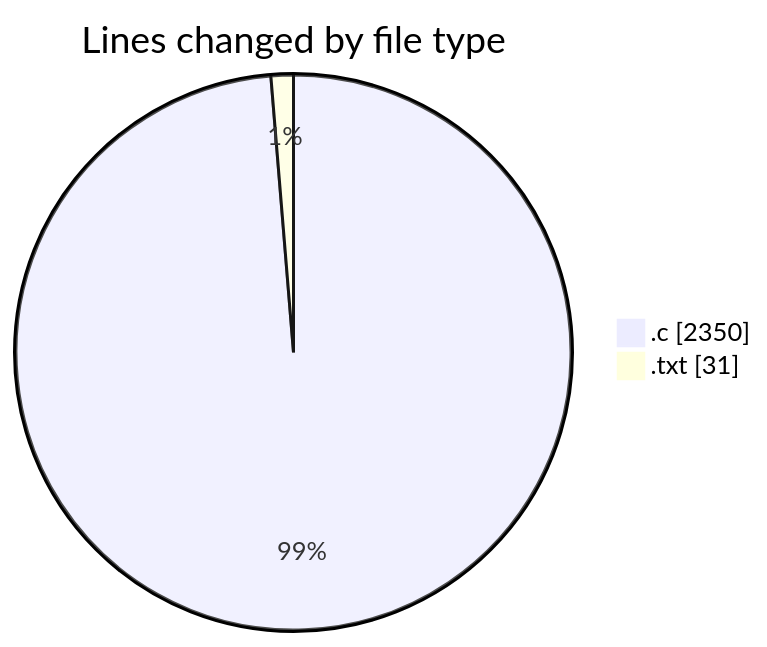
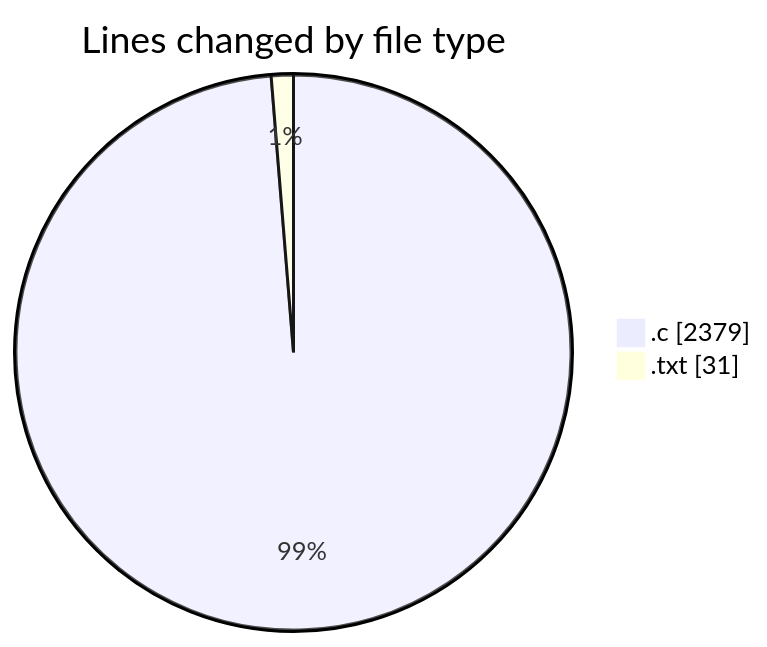
Before and after one commit to Ritupan-Deka/code-tracking: the first of 2 diagrams in 2025-01-26/search/README.md, drawn with Mermaid. The commit also changed other lines of this file and 1 other file, not shown here.

````diff
--- a/2025-01-26/search/README.md
+++ b/2025-01-26/search/README.md
@@ -22,6 +22,6 @@
 ```mermaid
 pie showData
 title Lines changed by file type
-".c" : 2350
+".c" : 2379
 ".txt" : 31
 ```
````
